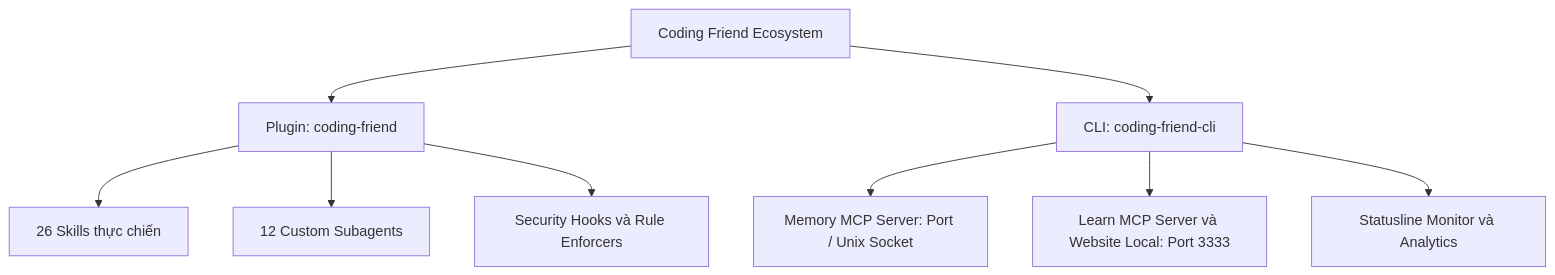
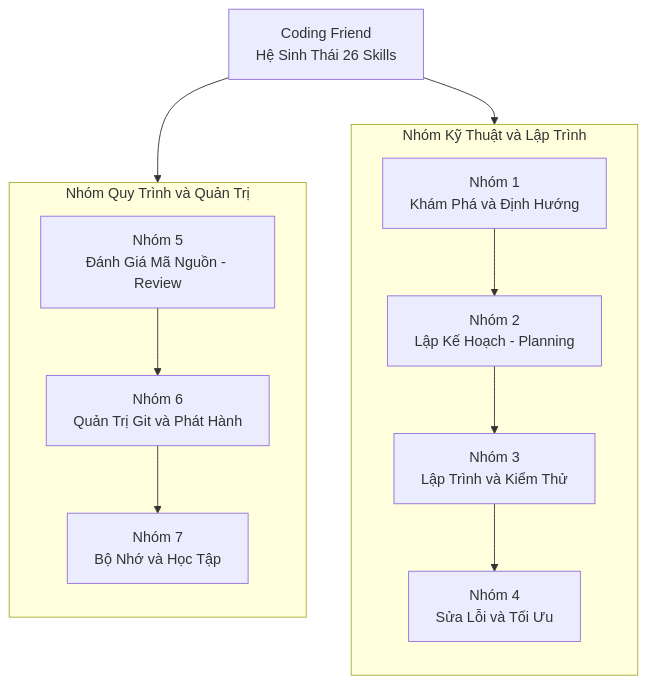
Before and after one commit to nguyengoctin/my_website: the second of 6 diagrams in content/posts/toan-tap-coding-friend-ai-engineering.md, drawn with Mermaid. The commit also changed other lines of this file and 4 other files, not shown here.

Commit message:
feat: add Mermaid diagram support with custom theme configuration and CSS overrides

````diff
--- a/content/posts/toan-tap-coding-friend-ai-engineering.md
+++ b/content/posts/toan-tap-coding-friend-ai-engineering.md
@@ -31,11 +57,24 @@
 ```mermaid
 flowchart TD
-    CF["Coding Friend Ecosystem"] --> Plugin["Plugin: coding-friend"]
-    CF --> CLI["CLI: coding-friend-cli"]
-    Plugin --> P1["26 Skills thực chiến"]
-    Plugin --> P2["12 Custom Subagents"]
-    Plugin --> P3["Security Hooks và Rule Enforcers"]
-    CLI --> C1["Memory MCP Server: Port / Unix Socket"]
-    CLI --> C2["Learn MCP Server và Website Local: Port 3333"]
-    CLI --> C3["Statusline Monitor và Analytics"]
+    CF["Coding Friend<br/>Hệ Sinh Thái 26 Skills"]
+
+    subgraph DevGroup ["Nhóm Kỹ Thuật và Lập Trình"]
+        direction TB
+        G1["Nhóm 1<br/>Khám Phá và Định Hướng"]
+        G2["Nhóm 2<br/>Lập Kế Hoạch - Planning"]
+        G3["Nhóm 3<br/>Lập Trình và Kiểm Thử"]
+        G4["Nhóm 4<br/>Sửa Lỗi và Tối Ưu"]
+        G1 --> G2 --> G3 --> G4
+    end
+
+    subgraph WorkGroup ["Nhóm Quy Trình và Quản Trị"]
+        direction TB
+        G5["Nhóm 5<br/>Đánh Giá Mã Nguồn - Review"]
+        G6["Nhóm 6<br/>Quản Trị Git và Phát Hành"]
+        G7["Nhóm 7<br/>Bộ Nhớ và Học Tập"]
+        G5 --> G6 --> G7
+    end
+
+    CF --> G1
+    CF --> G5
 ```
````
